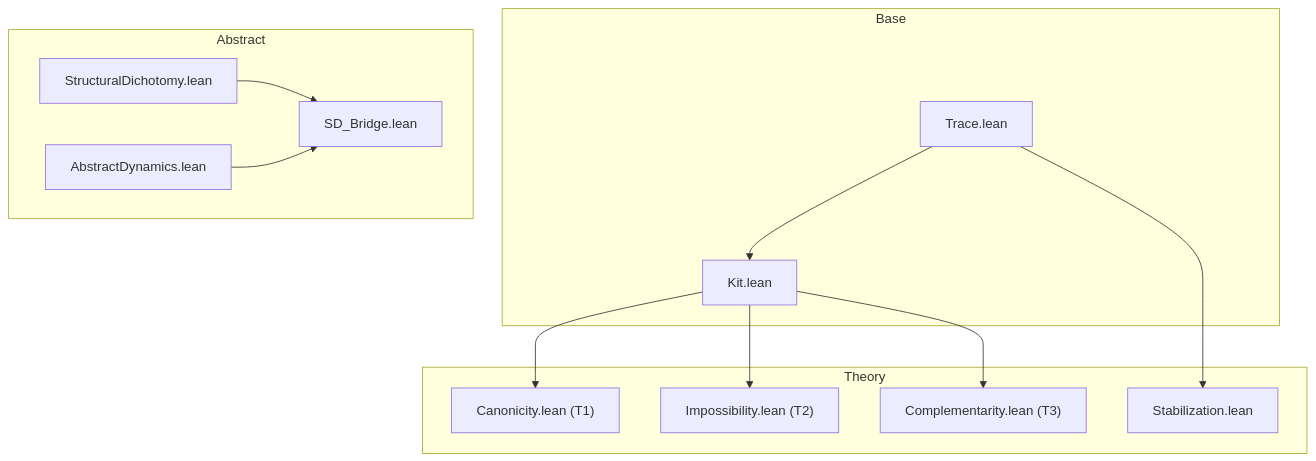
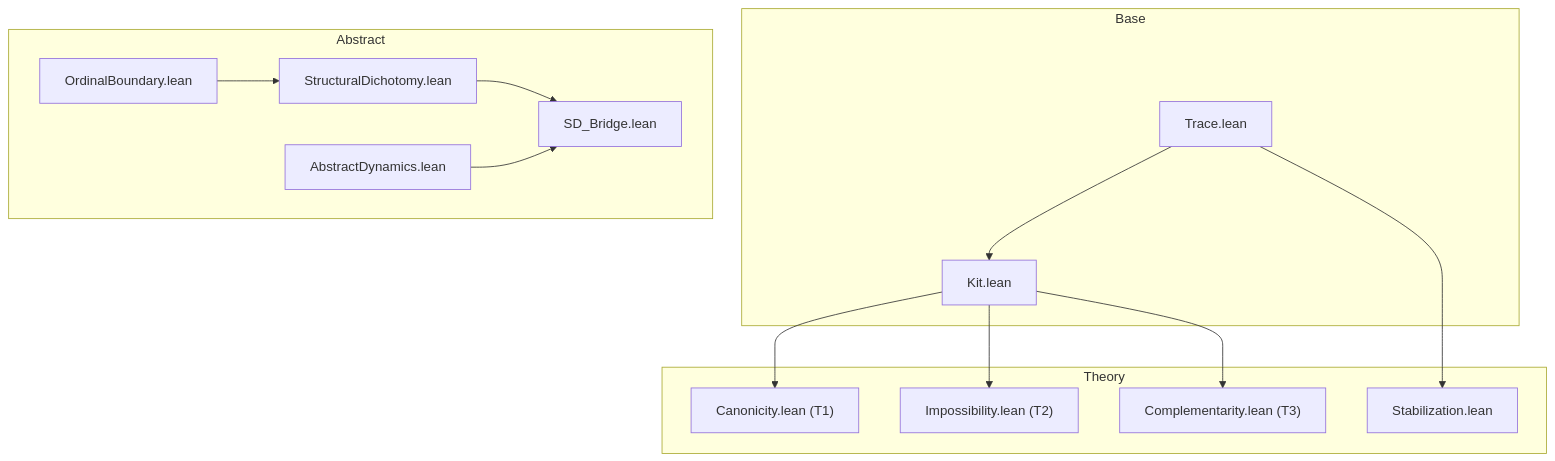
The diagram in docs/overview.md (JohnDoe-collab-stack/RevHalt), drawn with Mermaid before and after one commit. The commit also changed other lines of this file and 3 other files, not shown here.

Commit message:
docs: Update all documentation to reflect OrdinalBoundary proofs

````diff
--- a/docs/overview.md
+++ b/docs/overview.md
@@ -50,25 +51,27 @@
 ```mermaid
 graph TD
     subgraph Base
         Trace["Trace.lean"]
         Kit["Kit.lean"]
     end
     subgraph Theory
         Canon["Canonicity.lean (T1)"]
         Imposs["Impossibility.lean (T2)"]
         Compl["Complementarity.lean (T3)"]
         Stabil["Stabilization.lean"]
     end
     subgraph Abstract
         SD["StructuralDichotomy.lean"]
         AD["AbstractDynamics.lean"]
         Bridge["SD_Bridge.lean"]
+        OB["OrdinalBoundary.lean"]
     end
     Trace --> Kit
     Kit --> Canon
     Kit --> Imposs
     Kit --> Compl
     Trace --> Stabil
     SD --> Bridge
     AD --> Bridge
+    OB --> SD
 ```
````
